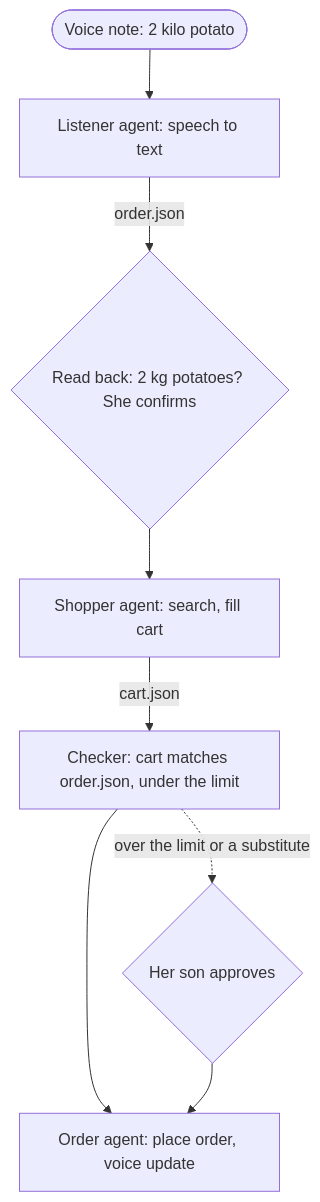
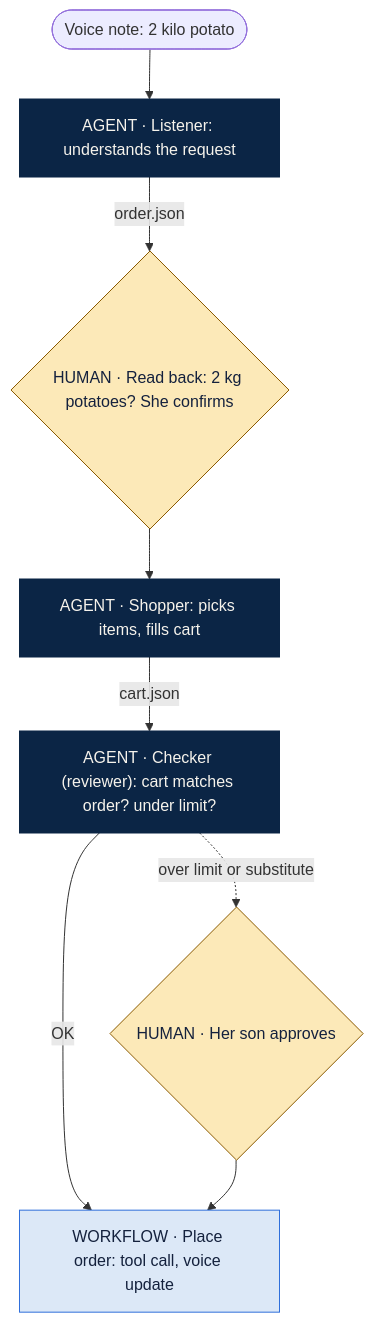
The diagram in session2/WORKSHEET.md (Ashwin126/agentic-analyst-kit-template), drawn with Mermaid before and after one commit. The commit also changed other lines of this file, not shown here.

Commit message:
Worksheet: label agent, workflow and human steps in diagrams

````diff
--- a/session2/WORKSHEET.md
+++ b/session2/WORKSHEET.md
@@ -37,10 +47,16 @@
 ```mermaid
 flowchart TD
-    V(["Voice note: 2 kilo potato"]) --> L["Listener agent: speech to text"]
-    L -- "order.json" --> H1{"Read back: 2 kg potatoes? She confirms"}
-    H1 --> S["Shopper agent: search, fill cart"]
-    S -- "cart.json" --> C["Checker: cart matches order.json, under the limit"]
-    C -. "over the limit or a substitute" .-> H2{"Her son approves"}
-    C --> O["Order agent: place order, voice update"]
+    V(["Voice note: 2 kilo potato"]) --> L["AGENT · Listener: understands the request"]
+    L -- "order.json" --> H1{"HUMAN · Read back: 2 kg potatoes? She confirms"}
+    H1 --> S["AGENT · Shopper: picks items, fills cart"]
+    S -- "cart.json" --> C["AGENT · Checker (reviewer): cart matches order? under limit?"]
+    C -- "OK" --> O["WORKFLOW · Place order: tool call, voice update"]
+    C -. "over limit or substitute" .-> H2{"HUMAN · Her son approves"}
     H2 --> O
+    classDef agent fill:#0B2545,stroke:#0B2545,color:#F6F3EC
+    classDef workflow fill:#DCE8F7,stroke:#2F6FDB,color:#14213D
+    classDef human fill:#FCE9B8,stroke:#8A5A00,color:#14213D
+    class L,S,C agent
+    class O workflow
+    class H1,H2 human
 ```
````
